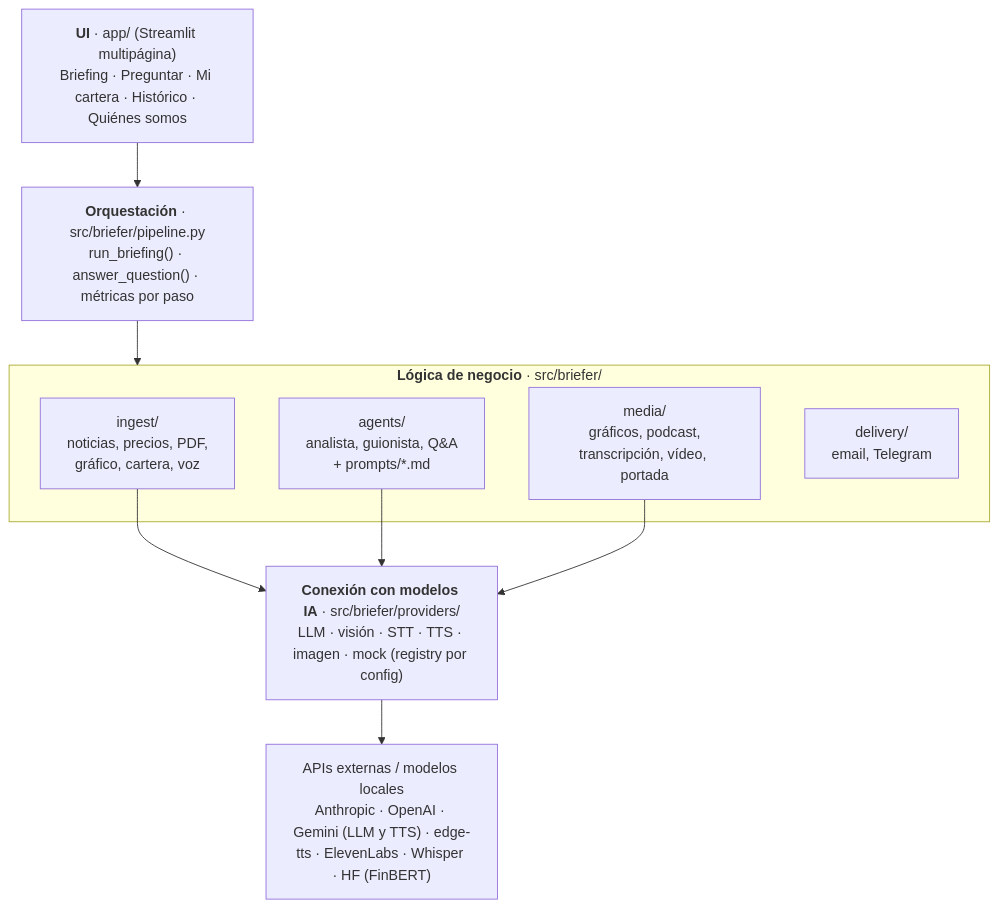
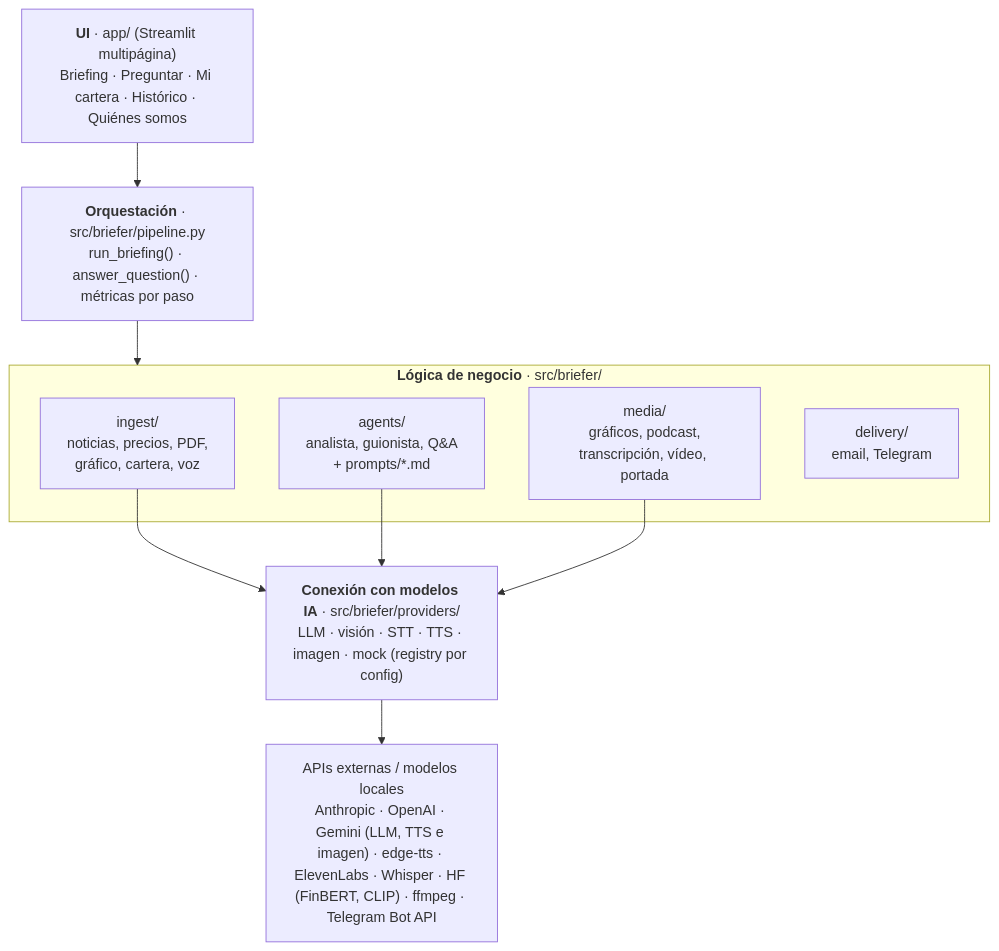
One commit to Romequinco/multimodal-market-briefer changed the second of 2 diagrams in README.md. Above: the diagram before and after it, drawn with Mermaid. The commit also changed other lines of this file and 9 other files, not shown here.

Commit message:
Documentación: fase 1 cerrada (vídeo, portada, Telegram, router CLIP y captura de cartera)

````diff
--- a/README.md
+++ b/README.md
@@ -209,19 +233,19 @@
 ```mermaid
 flowchart TB
     UI["<b>UI</b> · app/ (Streamlit multipágina)<br/>Briefing · Preguntar · Mi cartera · Histórico · Quiénes somos"]
     PL["<b>Orquestación</b> · src/briefer/pipeline.py<br/>run_briefing() · answer_question() · métricas por paso"]
     subgraph BIZ["<b>Lógica de negocio</b> · src/briefer/"]
         ING["ingest/<br/>noticias, precios, PDF,<br/>gráfico, cartera, voz"]
         AGT["agents/<br/>analista, guionista, Q&A<br/>+ prompts/*.md"]
         MED["media/<br/>gráficos, podcast,<br/>transcripción, vídeo, portada"]
         DLV["delivery/<br/>email, Telegram"]
     end
     PRV["<b>Conexión con modelos IA</b> · src/briefer/providers/<br/>LLM · visión · STT · TTS · imagen · mock (registry por config)"]
-    X["APIs externas / modelos locales<br/>Anthropic · OpenAI · Gemini (LLM y TTS) · edge-tts · ElevenLabs · Whisper · HF (FinBERT)"]
+    X["APIs externas / modelos locales<br/>Anthropic · OpenAI · Gemini (LLM, TTS e imagen) · edge-tts · ElevenLabs · Whisper · HF (FinBERT, CLIP) · ffmpeg · Telegram Bot API"]
 
     UI --> PL --> BIZ
     ING --> PRV
     AGT --> PRV
     MED --> PRV
     PRV --> X
 ```
````
